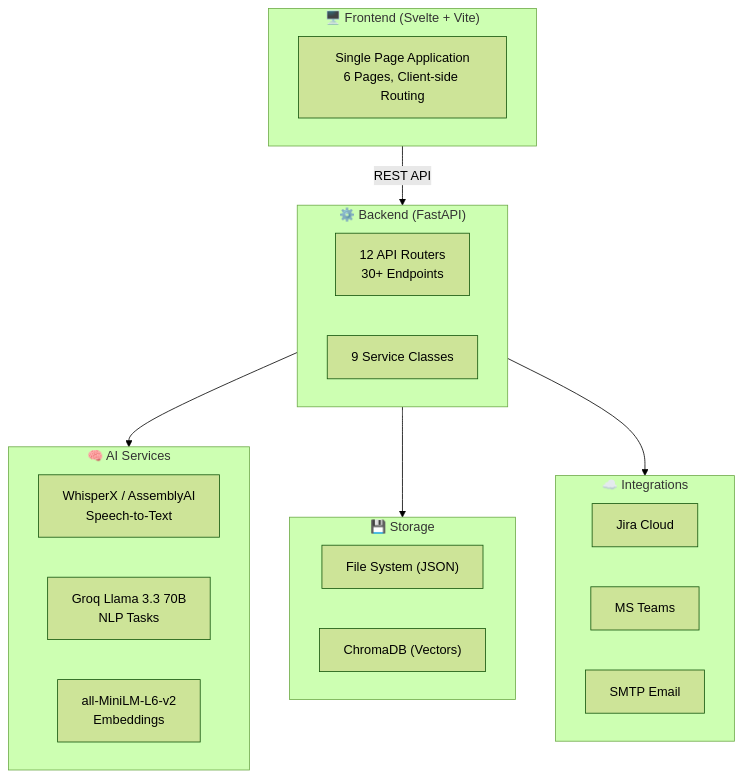
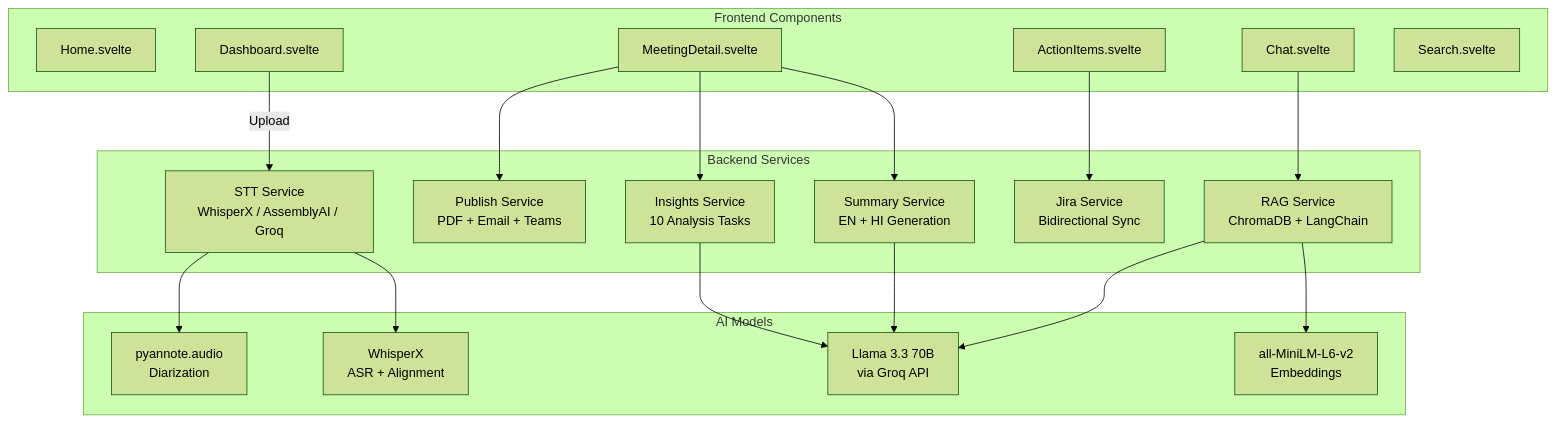
One commit to pawanuikey06/ContextIQ changed the second of 11 diagrams in docs/PROJECT_REPORT.md. Above: the diagram before and after it, drawn with Mermaid (forest theme). The commit also changed other lines of this file, not shown here.

````diff
--- a/docs/PROJECT_REPORT.md
+++ b/docs/PROJECT_REPORT.md
@@ -202,33 +232,40 @@
 ```mermaid
-graph TB
-    subgraph Client["🖥️ Frontend (Svelte + Vite)"]
-        UI["Single Page Application<br/>6 Pages, Client-side Routing"]
+flowchart TD
+    subgraph FE["Frontend Components"]
+        Home["Home.svelte"]
+        Dash["Dashboard.svelte"]
+        Detail["MeetingDetail.svelte"]
+        Actions["ActionItems.svelte"]
+        ChatUI["Chat.svelte"]
+        SearchUI["Search.svelte"]
     end
 
-    subgraph Server["⚙️ Backend (FastAPI)"]
-        API["12 API Routers<br/>30+ Endpoints"]
-        SVC["9 Service Classes"]
+    subgraph BE["Backend Services"]
+        STT["STT Service<br/>WhisperX / AssemblyAI / Groq"]
+        SUM["Summary Service<br/>EN + HI Generation"]
+        INS["Insights Service<br/>10 Analysis Tasks"]
+        RAG["RAG Service<br/>ChromaDB + LangChain"]
+        PUB["Publish Service<br/>PDF + Email + Teams"]
+        JIRA["Jira Service<br/>Bidirectional Sync"]
     end
 
-    subgraph AI["🧠 AI Services"]
-        STT["WhisperX / AssemblyAI<br/>Speech-to-Text"]
-        LLM["Groq Llama 3.3 70B<br/>NLP Tasks"]
-        EMB["all-MiniLM-L6-v2<br/>Embeddings"]
+    subgraph AI["AI Models"]
+        Whisper["WhisperX<br/>ASR + Alignment"]
+        Pyannote["pyannote.audio<br/>Diarization"]
+        Llama["Llama 3.3 70B<br/>via Groq API"]
+        MiniLM["all-MiniLM-L6-v2<br/>Embeddings"]
     end
 
-    subgraph Store["💾 Storage"]
-        FS["File System (JSON)"]
-        VDB["ChromaDB (Vectors)"]
-    end
-
-    subgraph Ext["☁️ Integrations"]
-        JIRA["Jira Cloud"]
-        TEAMS["MS Teams"]
-        MAIL["SMTP Email"]
-    end
-
-    Client -->|REST API| Server
-    Server --> AI
-    Server --> Store
-    Server --> Ext
+    Dash -->|Upload| STT
+    STT --> Whisper
+    STT --> Pyannote
+    Detail --> SUM
+    Detail --> INS
+    SUM --> Llama
+    INS --> Llama
+    ChatUI --> RAG
+    RAG --> MiniLM
+    RAG --> Llama
+    Actions --> JIRA
+    Detail --> PUB
 ```
````
